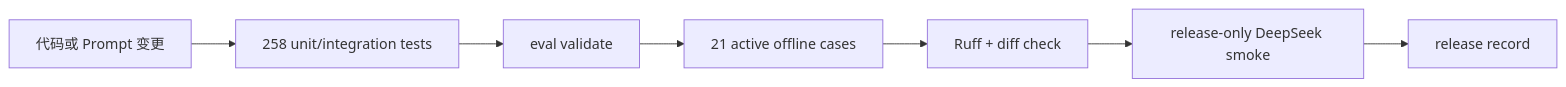
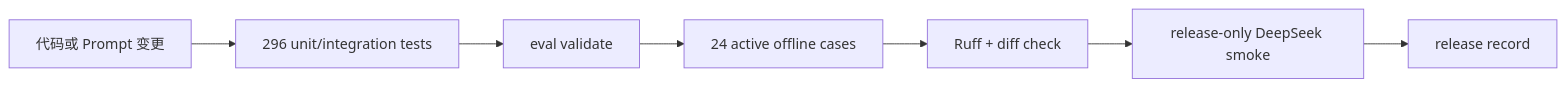
Before and after one commit to NEDONION/lobster0: the diagram in docs/evals/README.md, drawn with Mermaid. The commit also changed other lines of this file and 21 other files, not shown here.

````diff
--- a/docs/evals/README.md
+++ b/docs/evals/README.md
@@ -18,9 +18,9 @@
 ```mermaid
 flowchart LR
-    CHANGE["代码或 Prompt 变更"] --> UNIT["258 unit/integration tests"]
+    CHANGE["代码或 Prompt 变更"] --> UNIT["296 unit/integration tests"]
     UNIT --> VALIDATE["eval validate"]
-    VALIDATE --> OFFLINE["21 active offline cases"]
+    VALIDATE --> OFFLINE["24 active offline cases"]
     OFFLINE --> RUFF["Ruff + diff check"]
     RUFF --> LIVE["release-only DeepSeek smoke"]
     LIVE --> RECORD["release record"]
 ```
````
